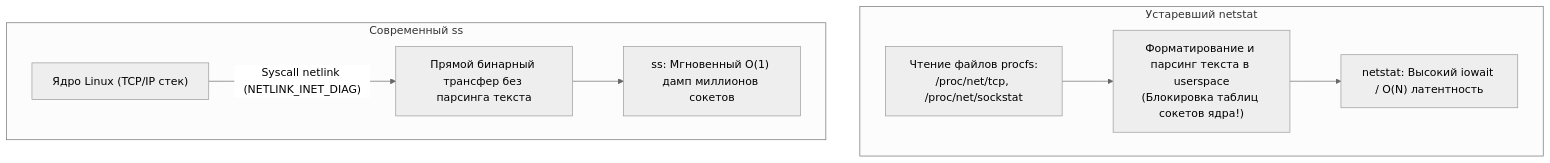
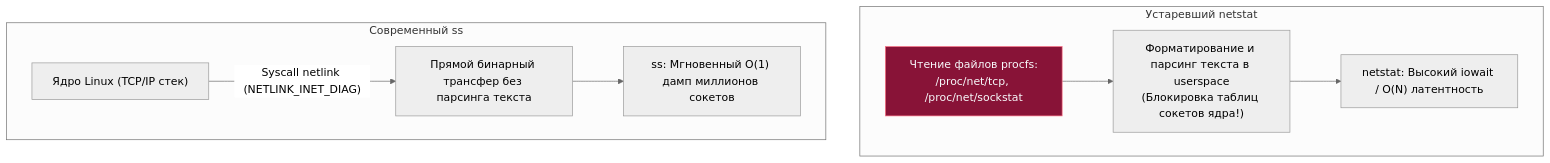
The second of 3 diagrams in sources/3. Компьютерные сети и сетевой стек/34. Наблюдаемость сети. tcpdump, Wireshark, netstat, ss.md (UnrealTemplier/go-textbook), drawn with Mermaid (neutral theme) before and after one commit. The commit also changed other lines of this file and 1666 other files, not shown here.

First line of the commit message:
feat(mermaid): add semantic color classDef to 1369 colorless flowchart/graph diagrams

````diff
--- a/sources/3. Компьютерные сети и сетевой стек/34. Наблюдаемость сети. tcpdump, Wireshark, netstat, ss.md
+++ b/sources/3. Компьютерные сети и сетевой стек/34. Наблюдаемость сети. tcpdump, Wireshark, netstat, ss.md
@@ -68,14 +78,24 @@
 ```mermaid
 flowchart TD
+    classDef process  fill:#1e293b,stroke:#38bdf8,stroke-width:1px,color:#f8fafc
+    classDef success  fill:#064e3b,stroke:#34d399,stroke-width:1px,color:#f8fafc
+    classDef error    fill:#7f1d1d,stroke:#f87171,stroke-width:1px,color:#f8fafc
+    classDef warning  fill:#78350f,stroke:#fbbf24,stroke-width:1px,color:#f8fafc
+    classDef entry    fill:#1e3a5f,stroke:#38bdf8,stroke-width:2px,color:#f8fafc
+    classDef aux      fill:#334155,stroke:#64748b,stroke-width:1px,color:#f8fafc
+    classDef system   fill:#312e81,stroke:#a78bfa,stroke-width:1px,color:#f8fafc
+    classDef data     fill:#132d29,stroke:#2dd4bf,stroke-width:1px,color:#f8fafc
+    classDef network  fill:#881337,stroke:#fb7185,stroke-width:1px,color:#f8fafc
+    classDef accent   fill:#1e1b4b,stroke:#818cf8,stroke-width:1px,color:#f8fafc
     subgraph NetstatPath ["Устаревший netstat"]
-        NProc["Чтение файлов procfs:<br/>/proc/net/tcp, /proc/net/sockstat"]
+        NProc["Чтение файлов procfs:<br/>/proc/net/tcp, /proc/net/sockstat"]:::network
         NProc --> NParse["Форматирование и парсинг текста в userspace<br/>(Блокировка таблиц сокетов ядра!)"]
         NParse --> NOut["netstat: Высокий iowait / O(N) латентность"]
     end
 
     subgraph SSPath ["Современный ss"]
         SKernel["Ядро Linux (TCP/IP стек)"]
         SKernel -->|"Syscall netlink (NETLINK_INET_DIAG)"| NL["Прямой бинарный трансфер без парсинга текста"]
         NL --> SOut["ss: Мгновенный O(1) дамп миллионов сокетов"]
     end
 ```
````
